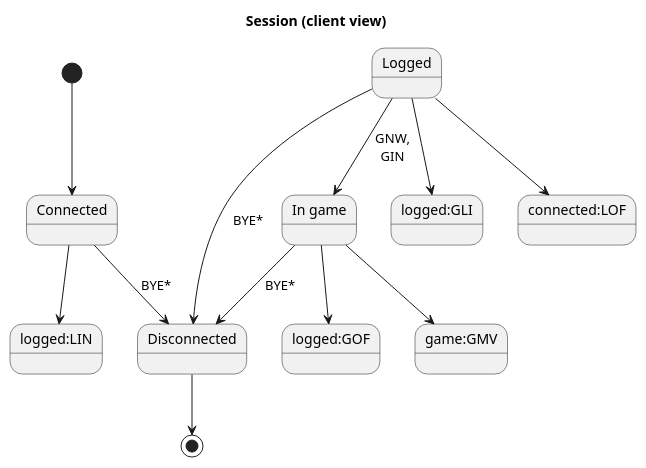
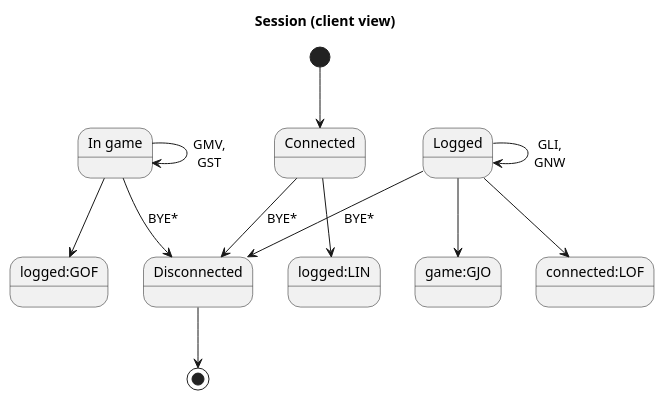
The diagram in doc/state-diagram.puml (Hartrik/KIV-UPS), drawn with PlantUML before and after one commit. The commit also changed 1 other file, not shown here.

Commit message:
Update diagrams

```diff
--- a/doc/state-diagram.puml
+++ b/doc/state-diagram.puml
@@ -1,23 +1,23 @@
 @startuml
 title Session (client view)
 
 [*] --> connected
 
 state "Connected" as connected
 connected --> logged:LIN
 connected --> not_connected:BYE*
 
 state "Logged" as logged
 logged --> not_connected:BYE*
-logged --> game:GNW,\nGIN
-logged --> logged:GLI
+logged --> game:GJO
+logged --> logged:GLI,\nGNW
 logged --> connected:LOF
 
 state "In game" as game
 game --> not_connected:BYE*
 game --> logged:GOF
-game --> game:GMV
+game --> game:GMV,\nGST
 
 state "Disconnected" as not_connected
 not_connected --> [*]
 @enduml
```
